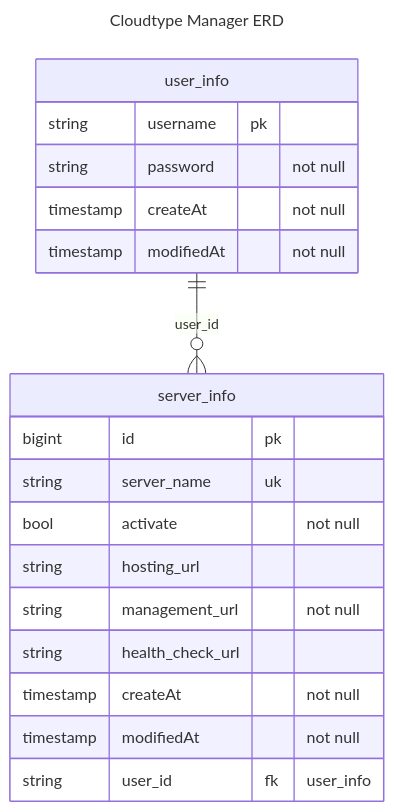
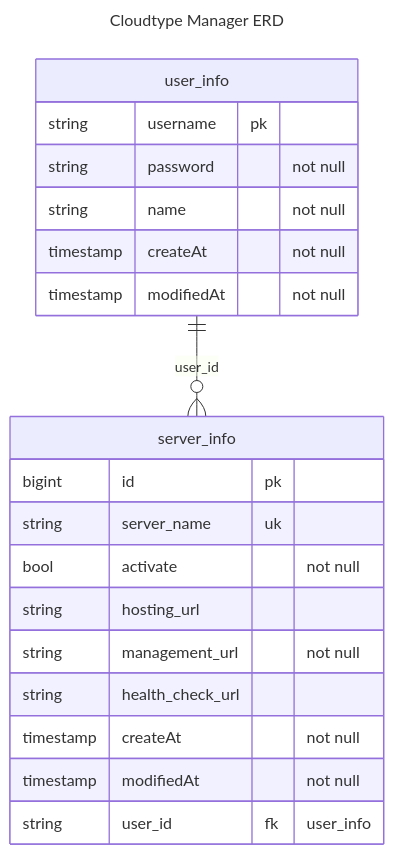
One commit to GuardJo/cloudtype-manager changed the diagram in README.md. Above: the diagram before and after it, drawn with Mermaid.

Commit message:
[ALL] #1 readme 내 ERD 최신화
- 사용자 정보를 나타내는 user_info 테이블 내 name 컬럼 추가

````diff
--- a/README.md
+++ b/README.md
@@ -25,26 +25,27 @@
 ```mermaid
 ---
 title: Cloudtype Manager ERD
 ---
 erDiagram
 user_info {
     string username pk
     string password "not null"
+    string name "not null"
     timestamp createAt "not null"
     timestamp modifiedAt "not null"
 }
 
 server_info {
     bigint id pk
     string server_name uk
     bool activate "not null"
     string hosting_url
     string management_url "not null"
     string health_check_url
     timestamp createAt "not null"
     timestamp modifiedAt "not null"
     string user_id fk "user_info"
 }
 
 user_info ||--o{ server_info : "user_id"
 ```
````
